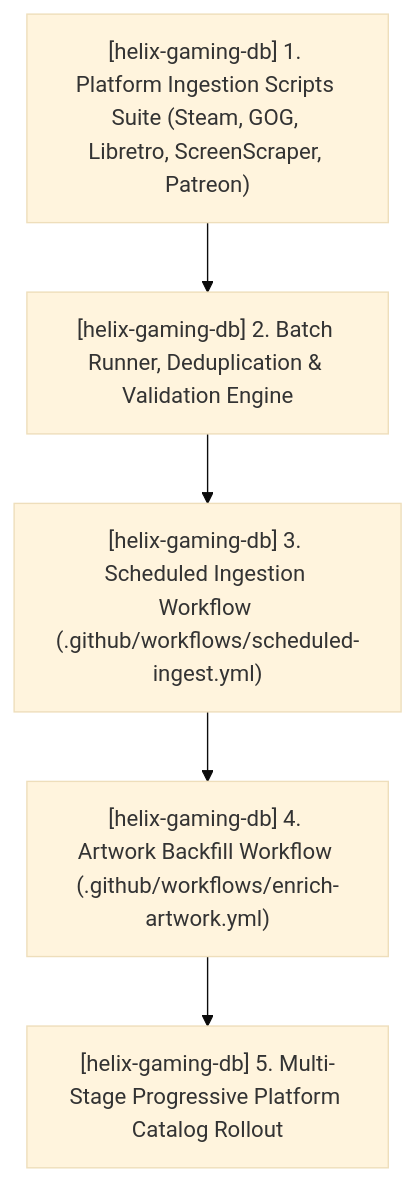
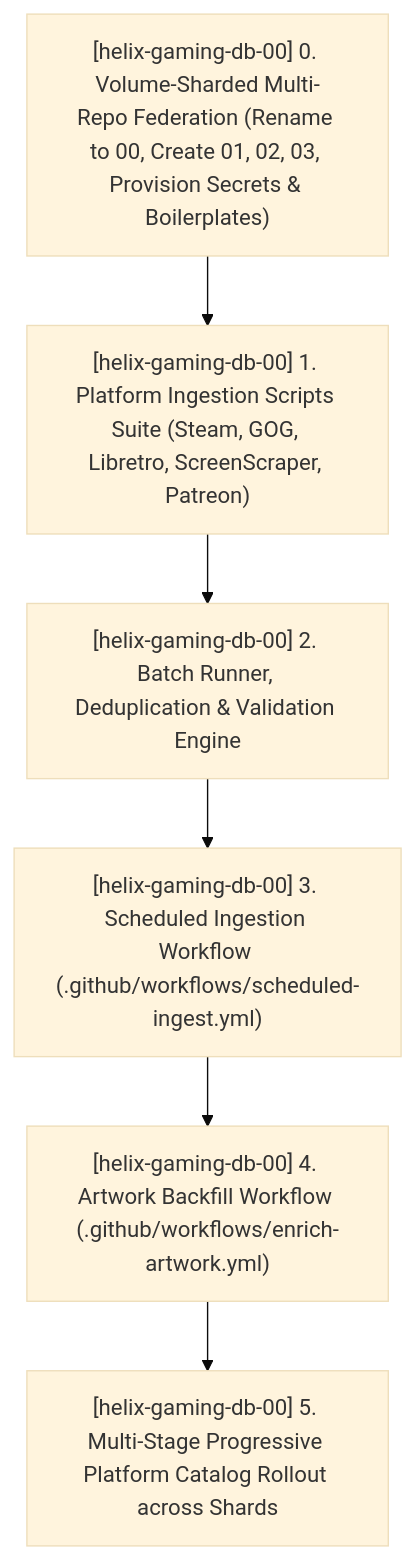
The first of 2 diagrams in TODO.md (HELIX-Origin/agents), drawn with Mermaid (base theme) before and after one commit. The commit also changed other lines of this file and 5 other files, not shown here.

Commit message:
chore(ecosystem): register helix-gaming-db-00 through 03 and dedicated docs repo

````diff
--- a/TODO.md
+++ b/TODO.md
@@ -32,7 +33,8 @@
 ```mermaid
 flowchart TD
-    W54_1["[helix-gaming-db] 1. Platform Ingestion Scripts Suite (Steam, GOG, Libretro, ScreenScraper, Patreon)"] --> W54_2["[helix-gaming-db] 2. Batch Runner, Deduplication & Validation Engine"]
-    W54_2 --> W54_3["[helix-gaming-db] 3. Scheduled Ingestion Workflow (.github/workflows/scheduled-ingest.yml)"]
-    W54_3 --> W54_4["[helix-gaming-db] 4. Artwork Backfill Workflow (.github/workflows/enrich-artwork.yml)"]
-    W54_4 --> W54_5["[helix-gaming-db] 5. Multi-Stage Progressive Platform Catalog Rollout"]
+    W54_0["[helix-gaming-db-00] 0. Volume-Sharded Multi-Repo Federation (Rename to 00, Create 01, 02, 03, Provision Secrets & Boilerplates)"] --> W54_1["[helix-gaming-db-00] 1. Platform Ingestion Scripts Suite (Steam, GOG, Libretro, ScreenScraper, Patreon)"]
+    W54_1 --> W54_2["[helix-gaming-db-00] 2. Batch Runner, Deduplication & Validation Engine"]
+    W54_2 --> W54_3["[helix-gaming-db-00] 3. Scheduled Ingestion Workflow (.github/workflows/scheduled-ingest.yml)"]
+    W54_3 --> W54_4["[helix-gaming-db-00] 4. Artwork Backfill Workflow (.github/workflows/enrich-artwork.yml)"]
+    W54_4 --> W54_5["[helix-gaming-db-00] 5. Multi-Stage Progressive Platform Catalog Rollout across Shards"]
 ```
````
